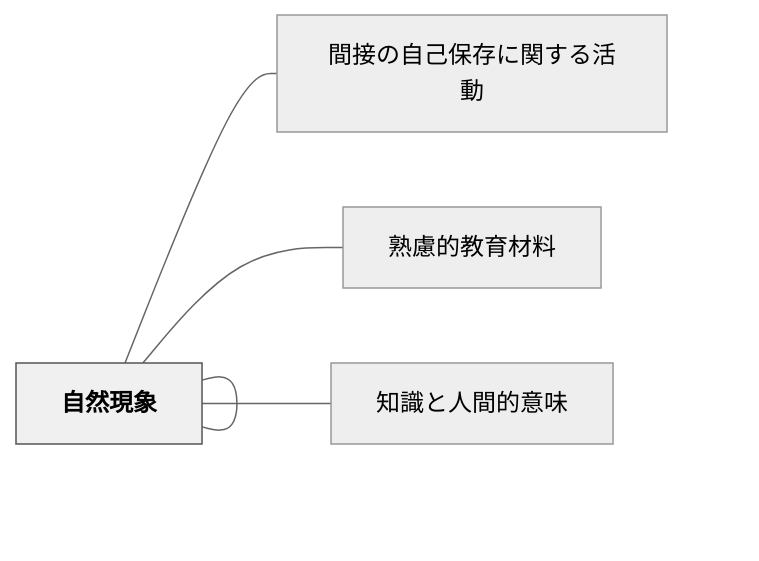
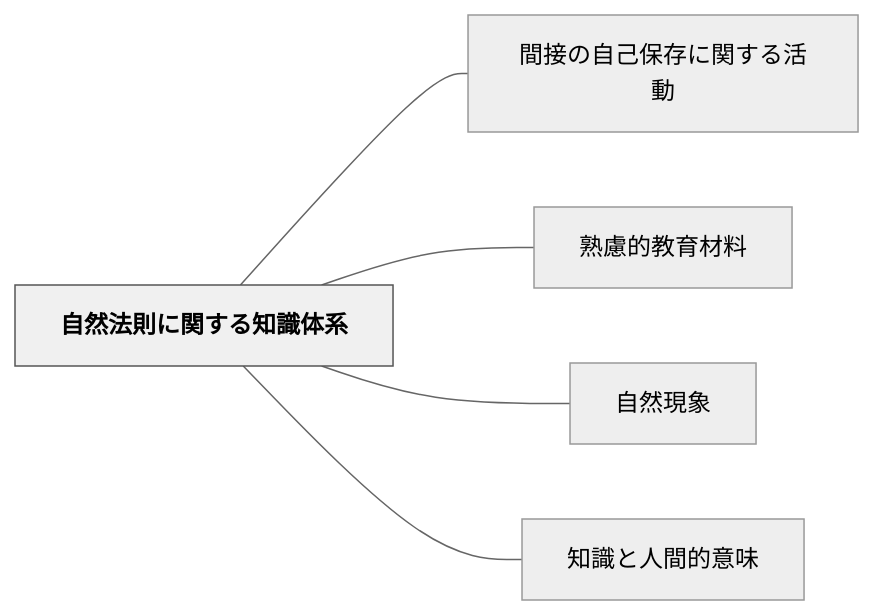
Before and after one commit to unknownthings-ed-patterns/unknownthings-ed-patterns: the diagram in content/パタン/自然法則に関する知識体系.md, drawn with Mermaid (neutral theme). The commit also changed 527 other files, not shown here.

````diff
--- a/content/パタン/自然法則に関する知識体系.md
+++ b/content/パタン/自然法則に関する知識体系.md
@@ -45,16 +45,16 @@
 ```mermaid
 flowchart LR
-    ne887aae784b6["自然法則に関する知識体系"]
-    ne99693e68ea5["間接の自己保存に関する活動"]
-    ne7869fe685ae["熟慮的教育材料"]
-    ne887aae784b6["自然現象"]
-    ne79fa5e8ad98["知識と人間的意味"]
+    ne887aae784b6e6b395e58987e381abe996a2e38199e3828be79fa5e8ad98e4bd93e7b3bb["自然法則に関する知識体系"]
+    ne99693e68ea5e381aee887aae5b7b1e4bf9de5ad98e381abe996a2e38199e3828be6b4bbe58b95["間接の自己保存に関する活動"]
+    ne7869fe685aee79a84e69599e882b2e69d90e69699["熟慮的教育材料"]
+    ne887aae784b6e78fbee8b1a1["自然現象"]
+    ne79fa5e8ad98e381a8e4babae99693e79a84e6848fe591b3["知識と人間的意味"]
 
-    ne887aae784b6 --- ne99693e68ea5
-    ne887aae784b6 --- ne7869fe685ae
-    ne887aae784b6 --- ne887aae784b6
-    ne887aae784b6 --- ne79fa5e8ad98
+    ne887aae784b6e6b395e58987e381abe996a2e38199e3828be79fa5e8ad98e4bd93e7b3bb --- ne99693e68ea5e381aee887aae5b7b1e4bf9de5ad98e381abe996a2e38199e3828be6b4bbe58b95
+    ne887aae784b6e6b395e58987e381abe996a2e38199e3828be79fa5e8ad98e4bd93e7b3bb --- ne7869fe685aee79a84e69599e882b2e69d90e69699
+    ne887aae784b6e6b395e58987e381abe996a2e38199e3828be79fa5e8ad98e4bd93e7b3bb --- ne887aae784b6e78fbee8b1a1
+    ne887aae784b6e6b395e58987e381abe996a2e38199e3828be79fa5e8ad98e4bd93e7b3bb --- ne79fa5e8ad98e381a8e4babae99693e79a84e6848fe591b3
 
     classDef hub fill:#f0f0f0,stroke:#555,color:#000,font-weight:bold
-    class ne887aae784b6 hub
+    class ne887aae784b6e6b395e58987e381abe996a2e38199e3828be79fa5e8ad98e4bd93e7b3bb hub
 ```
````
